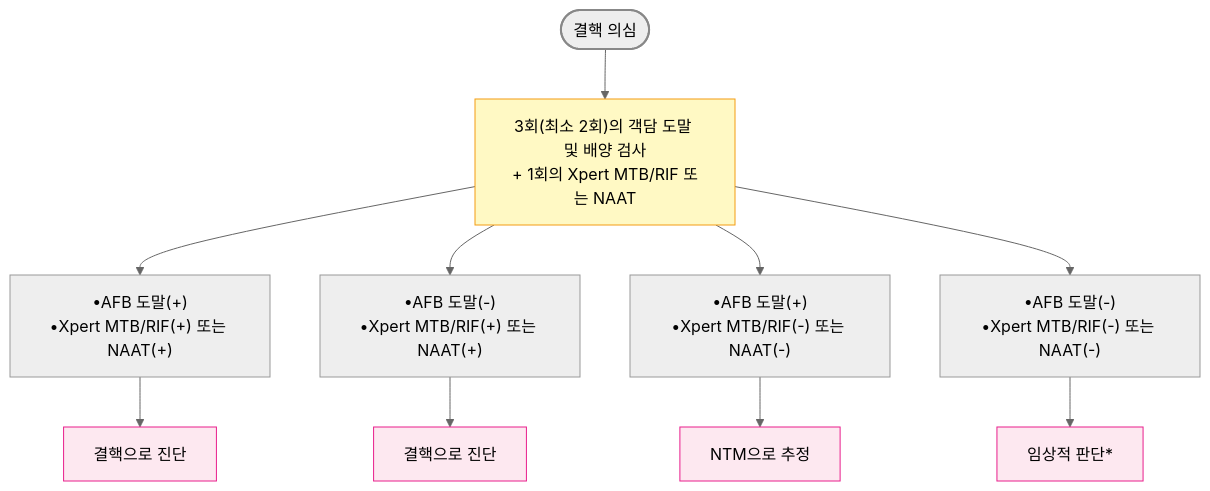
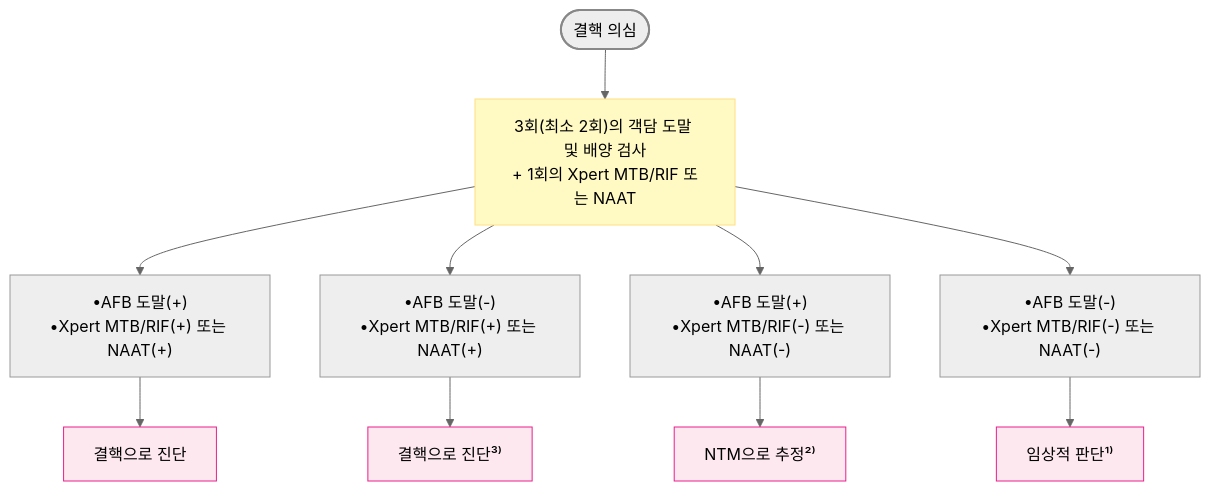
The first of 4 diagrams in 223_/070_-tuberculosis.md (familyoh77/familyoh77), drawn with Mermaid (neutral theme) before and after one commit. The commit also changed other lines of this file, not shown here.

````diff
--- a/223_/070_-tuberculosis.md
+++ b/223_/070_-tuberculosis.md
@@ -115,32 +118,32 @@
 ```mermaid
 graph TD
-    Start([결핵 의심])
+    Start(["결핵 의심"])
 
     Step1["3회(최소 2회)의 객담 도말 및 배양 검사<br/>+ 1회의 Xpert MTB/RIF 또는 NAAT"]
 
     Case1["•AFB 도말(+)<br/>•Xpert MTB/RIF(+) 또는 NAAT(+)"]
     Case2["•AFB 도말(-)<br/>•Xpert MTB/RIF(+) 또는 NAAT(+)"]
     Case3["•AFB 도말(+)<br/>•Xpert MTB/RIF(-) 또는 NAAT(-)"]
     Case4["•AFB 도말(-)<br/>•Xpert MTB/RIF(-) 또는 NAAT(-)"]
 
-    Result1[결핵으로 진단]
-    Result2[결핵으로 진단]
-    Result3[NTM으로 추정]
-    Result4[임상적 판단*]
+    Result1["결핵으로 진단"]
+    Result2["결핵으로 진단³⁾"]
+    Result3["NTM으로 추정²⁾"]
+    Result4["임상적 판단¹⁾"]
 
     Start --> Step1
     Step1 --> Case1
     Step1 --> Case2
     Step1 --> Case3
     Step1 --> Case4
     Case1 --> Result1
     Case2 --> Result2
     Case3 --> Result3
     Case4 --> Result4
 
     style Start fill:#eeeeee,stroke:#888888,stroke-width:2px
 classDef pink fill:#fde8f0,stroke:#e91e8c
 class Result1,Result2,Result3,Result4 pink
-    style Step1 fill:#fff9c4,stroke:#f39c12
+    style Step1 fill:#fff9c4,stroke:#ffe082
 
 ```
````
